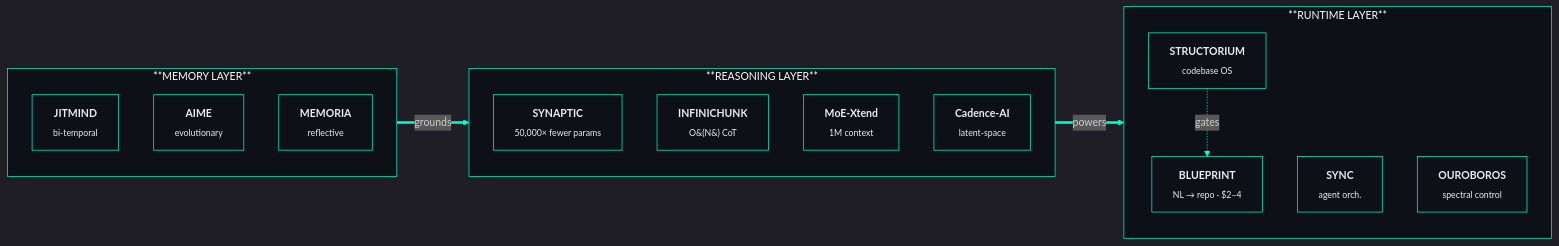
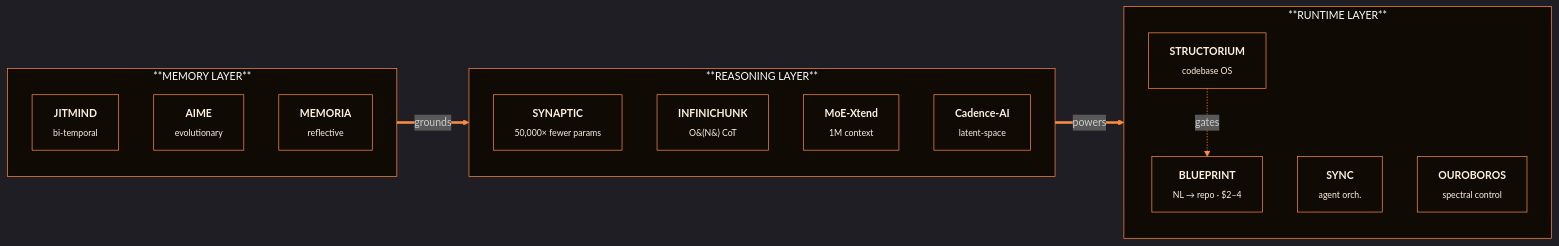
The diagram in README.md (DivyamTalwar/DivyamTalwar), drawn with Mermaid before and after one commit. The commit also changed other lines of this file and 20 other files, not shown here.

````diff
--- a/README.md
+++ b/README.md
@@ -155,29 +155,29 @@
 ```mermaid
-%%{init: {'theme':'dark','themeVariables':{'background':'#0d1117','primaryColor':'#0d1117','primaryBorderColor':'#00FFD1','primaryTextColor':'#e6edf3','lineColor':'#00FFD1','secondaryColor':'#161b22','tertiaryColor':'#0d1117','clusterBkg':'#0d1117','clusterBorder':'#00FFD1','fontFamily':'JetBrains Mono, ui-monospace, monospace','fontSize':'15px'}}}%%
+%%{init: {'theme':'dark','themeVariables':{'background':'#100a05','primaryColor':'#100a05','primaryBorderColor':'#FF8C42','primaryTextColor':'#fff0e0','lineColor':'#FF8C42','secondaryColor':'#1a1208','tertiaryColor':'#100a05','clusterBkg':'#100a05','clusterBorder':'#FF8C42','fontFamily':'JetBrains Mono, ui-monospace, monospace','fontSize':'15px'}}}%%
 flowchart LR
   subgraph MEMORY[**MEMORY LAYER**]
     direction TB
     JITMIND[<b>JITMIND</b><br/><sub>bi-temporal</sub>]
     AIME[<b>AIME</b><br/><sub>evolutionary</sub>]
     MEMORIA[<b>MEMORIA</b><br/><sub>reflective</sub>]
   end
   subgraph REASONING[**REASONING LAYER**]
     direction TB
     SYNAPTIC[<b>SYNAPTIC</b><br/><sub>50,000× fewer params</sub>]
     INFINICHUNK[<b>INFINICHUNK</b><br/><sub>O&#40;N&#41; CoT</sub>]
     MOE[<b>MoE-Xtend</b><br/><sub>1M context</sub>]
     CADENCE[<b>Cadence-AI</b><br/><sub>latent-space</sub>]
   end
   subgraph RUNTIME[**RUNTIME LAYER**]
     direction TB
     STRUCTORIUM[<b>STRUCTORIUM</b><br/><sub>codebase OS</sub>]
     BLUEPRINT[<b>BLUEPRINT</b><br/><sub>NL → repo · $2–4</sub>]
     SYNC[<b>SYNC</b><br/><sub>agent orch.</sub>]
     OUROBOROS[<b>OUROBOROS</b><br/><sub>spectral control</sub>]
   end
   MEMORY ==>|grounds| REASONING
   REASONING ==>|powers| RUNTIME
   STRUCTORIUM -.gates.-> BLUEPRINT
-  classDef def fill:#0d1117,stroke:#00FFD1,stroke-width:1px,color:#e6edf3;
+  classDef def fill:#100a05,stroke:#FF8C42,stroke-width:1px,color:#fff0e0;
   class JITMIND,AIME,MEMORIA,SYNAPTIC,INFINICHUNK,MOE,CADENCE,STRUCTORIUM,BLUEPRINT,SYNC,OUROBOROS def;
 ```
````
